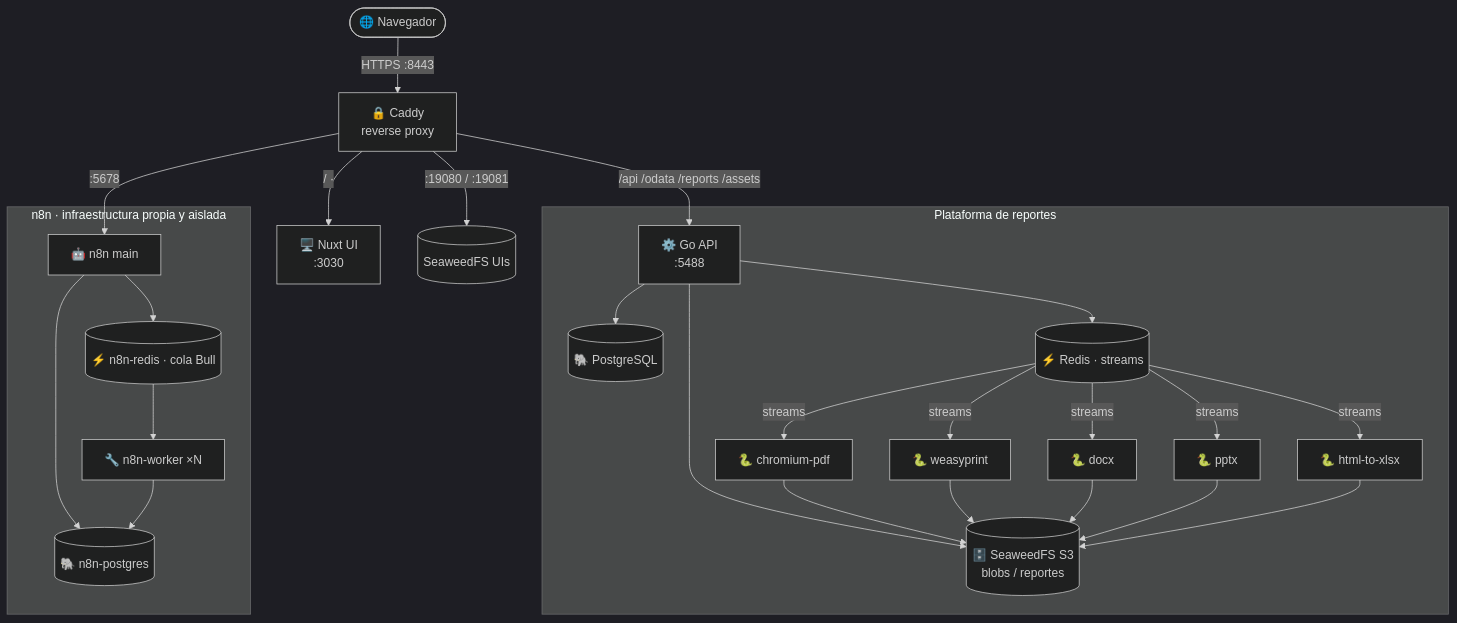
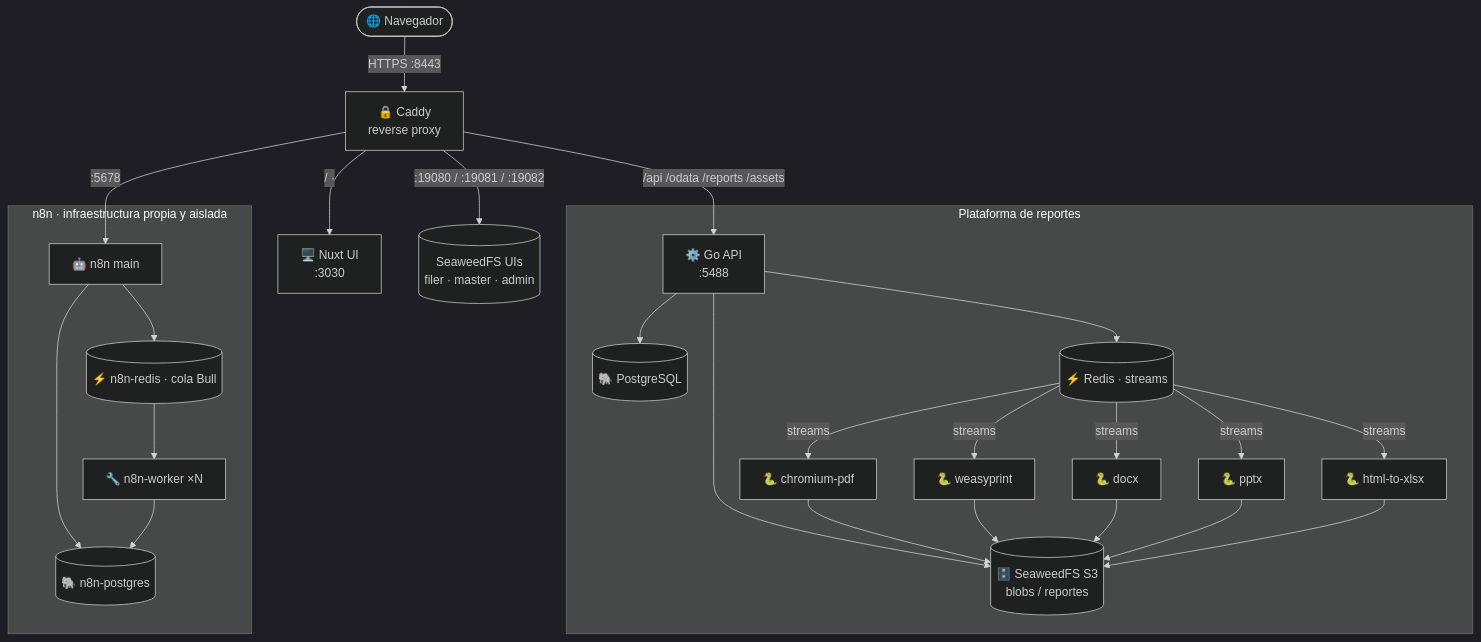
Before and after one commit to JoseHurtadoGonzales/CloudReport: the first of 5 diagrams in README.md, drawn with Mermaid (dark theme). The commit also changed other lines of this file, not shown here.

Commit message:
docs(readme): documenta el Admin Console de SeaweedFS y sus vars

````diff
--- a/README.md
+++ b/README.md
@@ -54,28 +56,28 @@
 ```mermaid
 flowchart TD
     Browser([🌐 Navegador]) -->|HTTPS :8443| Caddy[🔒 Caddy<br/>reverse proxy]
 
     Caddy -->|/ ·| UI[🖥️ Nuxt UI<br/>:3030]
     Caddy -->|/api /odata /reports /assets| API[⚙️ Go API<br/>:5488]
     Caddy -->|:5678| N8N[🤖 n8n main]
-    Caddy -->|:19080 / :19081| SWUI[(SeaweedFS UIs)]
+    Caddy -->|:19080 / :19081 / :19082| SWUI[(SeaweedFS UIs<br/>filer · master · admin)]
 
     subgraph APP[Plataforma de reportes]
       API --> PG[(🐘 PostgreSQL)]
       API --> REDIS[(⚡ Redis · streams)]
       API --> S3[(🗄️ SeaweedFS S3<br/>blobs / reportes)]
       REDIS -->|streams| W1[🐍 chromium-pdf]
       REDIS -->|streams| W2[🐍 weasyprint]
       REDIS -->|streams| W3[🐍 docx]
       REDIS -->|streams| W4[🐍 pptx]
       REDIS -->|streams| W5[🐍 html-to-xlsx]
       W1 & W2 & W3 & W4 & W5 --> S3
     end
 
     subgraph AUTO[n8n · infraestructura propia y aislada]
       N8N --> NPG[(🐘 n8n-postgres)]
       N8N --> NRD[(⚡ n8n-redis · cola Bull)]
       NRD --> NW1[🔧 n8n-worker ×N]
       NW1 --> NPG
     end
 ```
````
